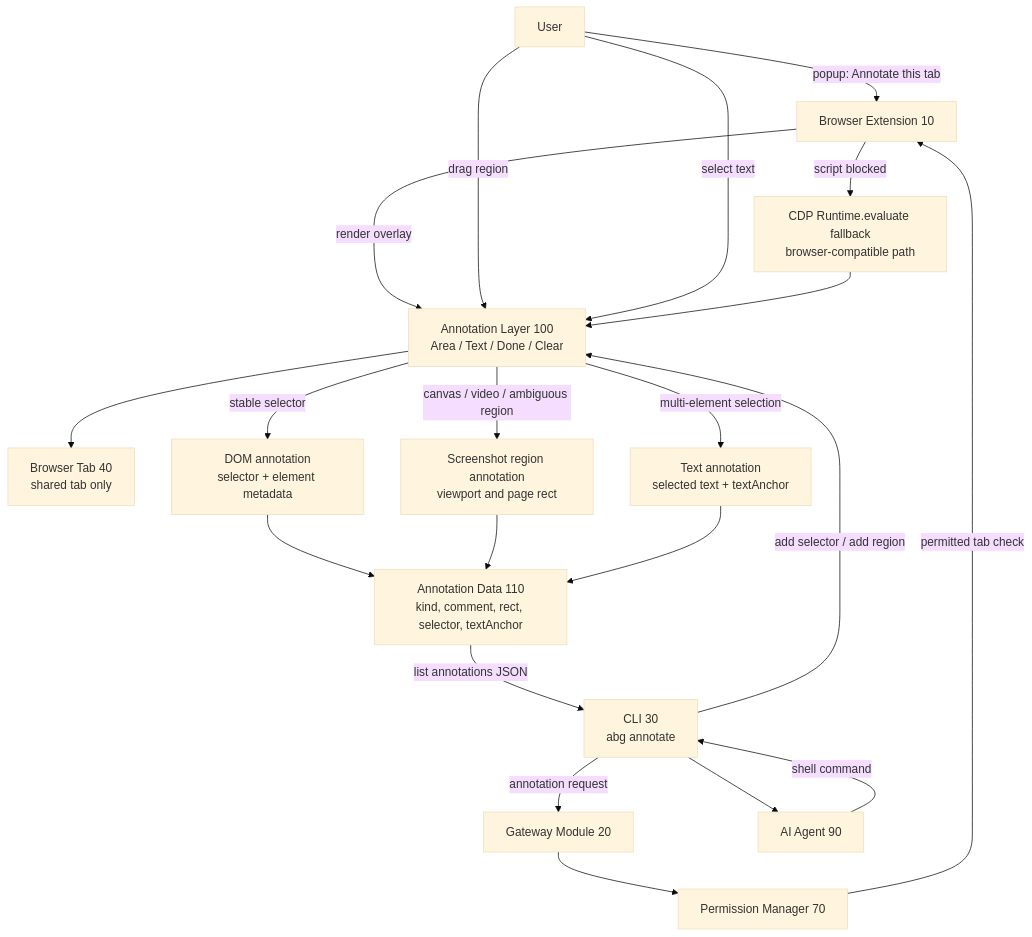
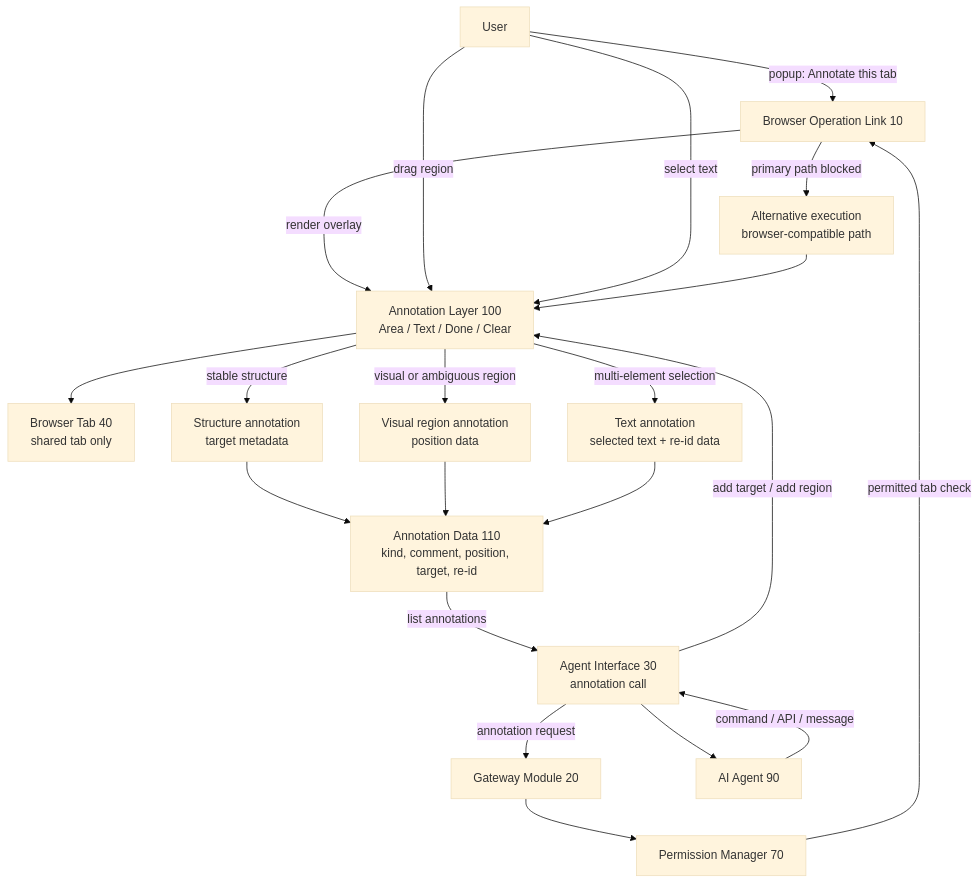
The diagram in legal/patent/figures/fig-8-annotation-overlay.mmd (arcmanagement/agent-browser-gateway), drawn with Mermaid (base theme) before and after one commit. The commit also changed 16 other files, not shown here.

```diff
--- a/legal/patent/figures/fig-8-annotation-overlay.mmd
+++ b/legal/patent/figures/fig-8-annotation-overlay.mmd
@@ -1,35 +1,35 @@
 flowchart TD
   U["User"]
-  C["CLI 30\nabg annotate"]
+  C["Agent Interface 30\nannotation call"]
   G["Gateway Module 20"]
   P["Permission Manager 70"]
-  E["Browser Extension 10"]
+  E["Browser Operation Link 10"]
   T["Browser Tab 40\nshared tab only"]
   O["Annotation Layer 100\nArea / Text / Done / Clear"]
-  D["Annotation Data 110\nkind, comment, rect, selector, textAnchor"]
+  D["Annotation Data 110\nkind, comment, position, target, re-id"]
   A["AI Agent 90"]
 
   U --> |"popup: Annotate this tab"| E
-  A --> |"shell command"| C
+  A --> |"command / API / message"| C
   C --> |"annotation request"| G
   G --> P
   P --> |"permitted tab check"| E
   E --> |"render overlay"| O
   O --> T
 
   U --> |"drag region"| O
   U --> |"select text"| O
-  C --> |"add selector / add region"| O
+  C --> |"add target / add region"| O
 
-  O --> |"stable selector"| DOM["DOM annotation\nselector + element metadata"]
-  O --> |"canvas / video / ambiguous region"| SS["Screenshot region annotation\nviewport and page rect"]
-  O --> |"multi-element selection"| TXT["Text annotation\nselected text + textAnchor"]
+  O --> |"stable structure"| DOM["Structure annotation\ntarget metadata"]
+  O --> |"visual or ambiguous region"| SS["Visual region annotation\nposition data"]
+  O --> |"multi-element selection"| TXT["Text annotation\nselected text + re-id data"]
 
   DOM --> D
   SS --> D
   TXT --> D
-  D --> |"list annotations JSON"| C
+  D --> |"list annotations"| C
   C --> A
 
-  E --> |"script blocked"| F["CDP Runtime.evaluate fallback\nbrowser-compatible path"]
+  E --> |"primary path blocked"| F["Alternative execution\nbrowser-compatible path"]
   F --> O
```
